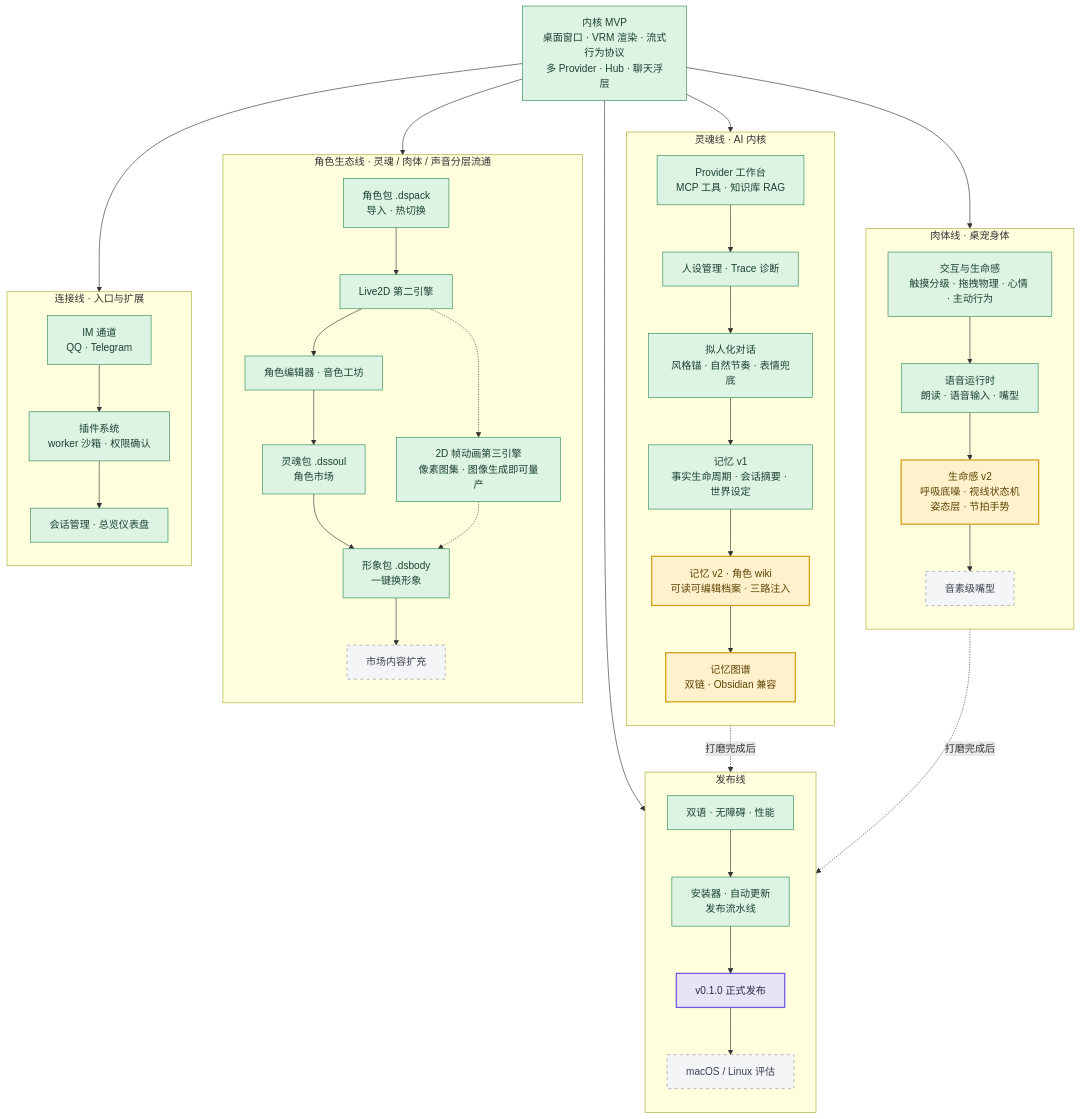
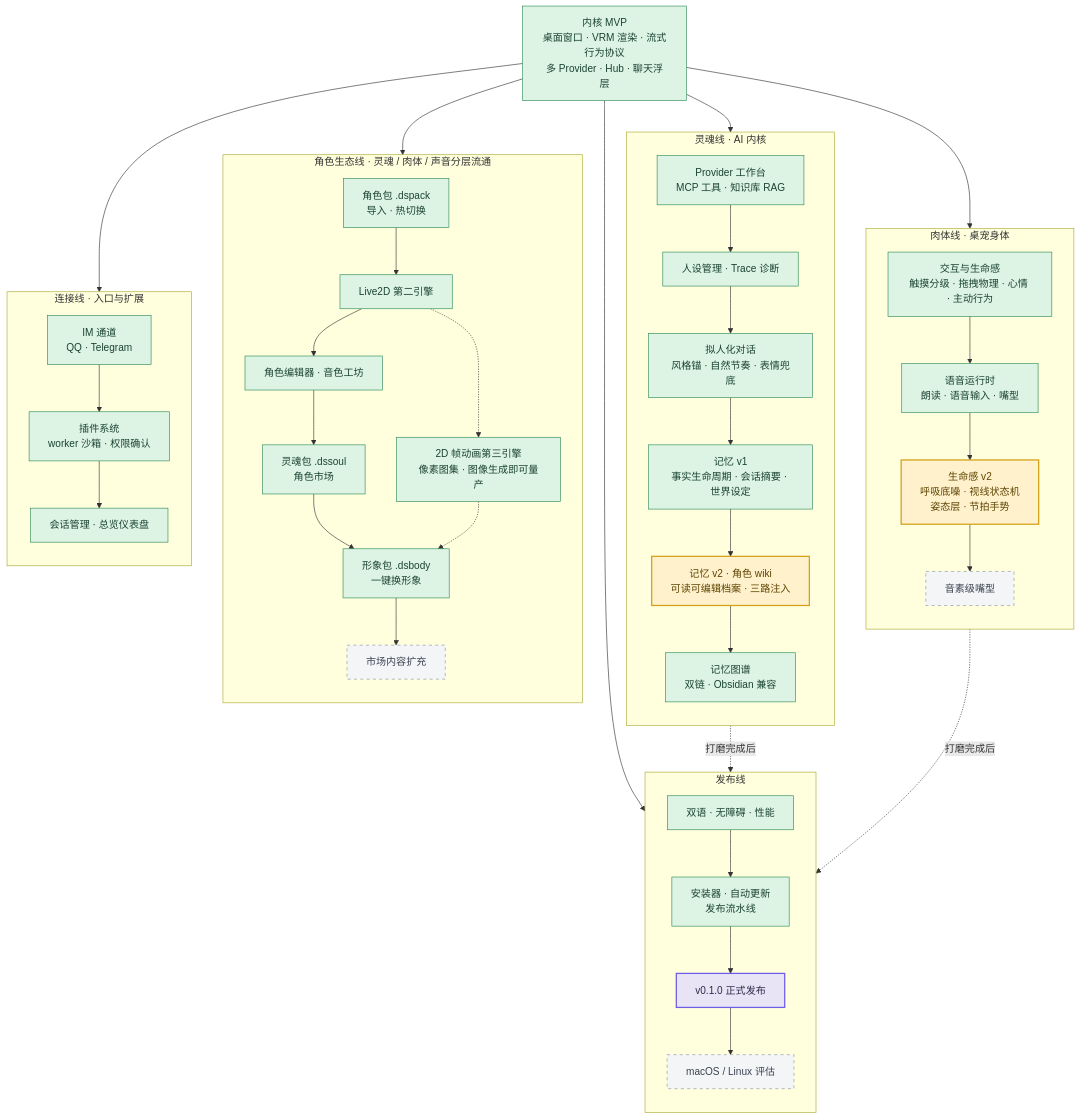
One commit to Furina-he/OpenPet changed the second of 2 diagrams in README.md. Above: the diagram before and after it, drawn with Mermaid.

Commit message:
docs(readme): ㉒ 真窗已验——Roadmap 灵魂线 S6「记忆图谱」:::active → :::done（2026-09-26 用户真窗验过，确认可以并入 main）

````diff
--- a/README.md
+++ b/README.md
@@ -234,69 +234,69 @@
 ```mermaid
 flowchart TB
   classDef done fill:#DDF3E4,stroke:#2E8B57,color:#1B4332
   classDef active fill:#FFF1CC,stroke:#D4A017,color:#5C4300,stroke-width:2px
   classDef plan fill:#F4F5F7,stroke:#8A94A6,color:#3B4252,stroke-dasharray: 5 5
   classDef gate fill:#E8E4F5,stroke:#6C5CE7,color:#2D2A4A,stroke-width:2px
 
   MVP["内核 MVP<br/>桌面窗口 · VRM 渲染 · 流式行为协议<br/>多 Provider · Hub · 聊天浮层"]:::done
 
   subgraph BODY["肉体线 · 桌宠身体"]
     direction TB
     B1["交互与生命感<br/>触摸分级 · 拖拽物理 · 心情 · 主动行为"]:::done
     B2["语音运行时<br/>朗读 · 语音输入 · 嘴型"]:::done
     B3["生命感 v2<br/>呼吸底噪 · 视线状态机<br/>姿态层 · 节拍手势"]:::active
     B5["音素级嘴型"]:::plan
     B1 --> B2 --> B3
     B3 --> B5
   end
 
   subgraph SOUL["灵魂线 · AI 内核"]
     direction TB
     S1["Provider 工作台<br/>MCP 工具 · 知识库 RAG"]:::done
     S2["人设管理 · Trace 诊断"]:::done
     S3["拟人化对话<br/>风格锚 · 自然节奏 · 表情兜底"]:::done
     S4["记忆 v1<br/>事实生命周期 · 会话摘要 · 世界设定"]:::done
     S5["记忆 v2 · 角色 wiki<br/>可读可编辑档案 · 三路注入"]:::active
-    S6["记忆图谱<br/>双链 · Obsidian 兼容"]:::active
+    S6["记忆图谱<br/>双链 · Obsidian 兼容"]:::done
     S1 --> S2 --> S3 --> S4 --> S5 --> S6
   end
 
   subgraph ECO["角色生态线 · 灵魂 / 肉体 / 声音分层流通"]
     direction TB
     E1["角色包 .dspack<br/>导入 · 热切换"]:::done
     E2["Live2D 第二引擎"]:::done
     E7["2D 帧动画第三引擎<br/>像素图集 · 图像生成即可量产"]:::done
     E3["角色编辑器 · 音色工坊"]:::done
     E4["灵魂包 .dssoul<br/>角色市场"]:::done
     E5["形象包 .dsbody<br/>一键换形象"]:::done
     E6["市场内容扩充"]:::plan
     E1 --> E2 --> E3 --> E4 --> E5 --> E6
     E2 -.-> E7
     E7 -.-> E5
   end
 
   subgraph LINK["连接线 · 入口与扩展"]
     direction TB
     L1["IM 通道<br/>QQ · Telegram"]:::done
     L2["插件系统<br/>worker 沙箱 · 权限确认"]:::done
     L3["会话管理 · 总览仪表盘"]:::done
     L1 --> L2 --> L3
   end
 
   subgraph SHIP["发布线"]
     direction TB
     R1["双语 · 无障碍 · 性能"]:::done
     R2["安装器 · 自动更新<br/>发布流水线"]:::done
     R3["v0.1.0 正式发布"]:::gate
     R4["macOS / Linux 评估"]:::plan
     R1 --> R2 --> R3 --> R4
   end
 
   MVP --> B1
   MVP --> S1
   MVP --> E1
   MVP --> L1
   MVP --> R1
   B3 -.打磨完成后.-> R3
   S6 -.打磨完成后.-> R3
 ```
````
